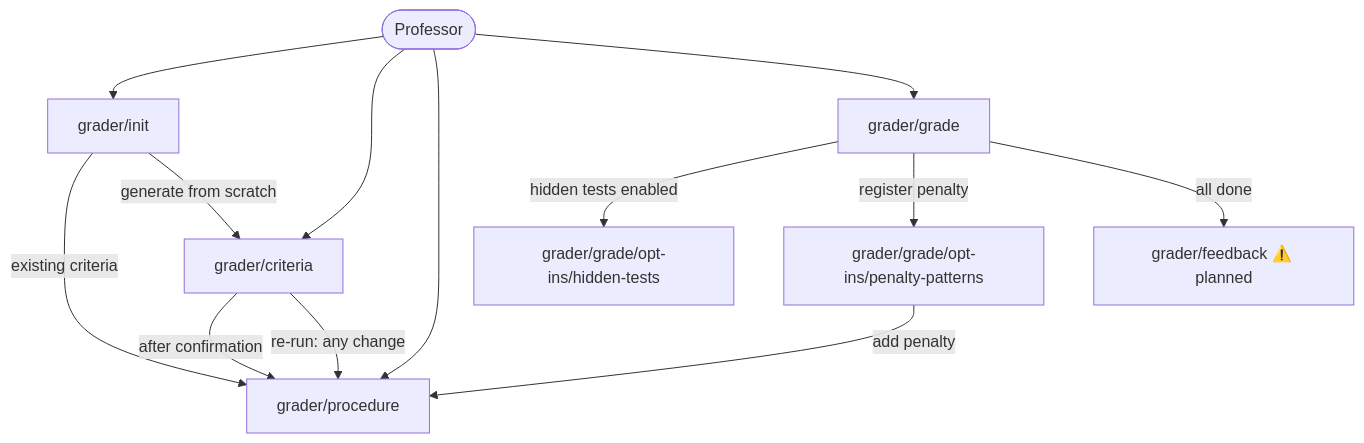
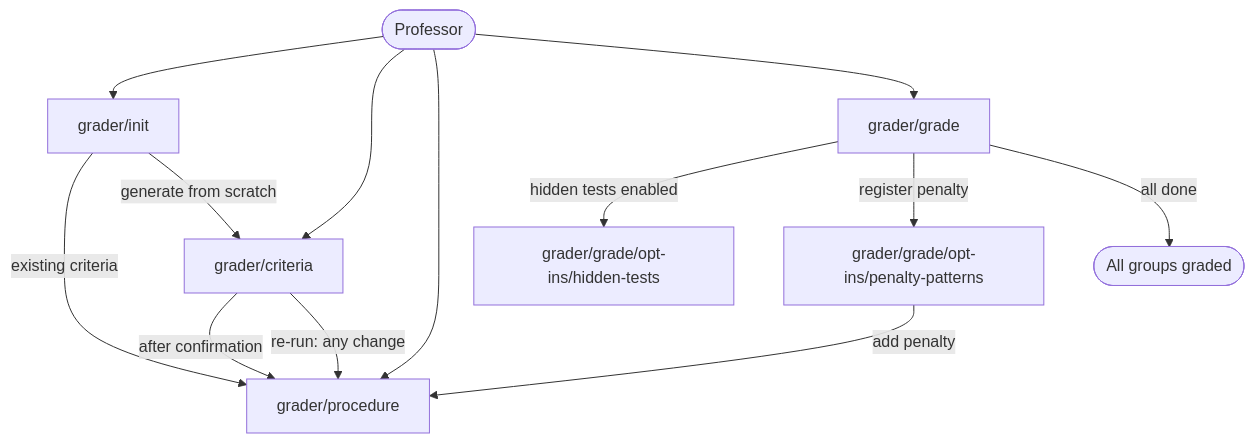
The diagram in README.md (Ovich/claude-lab-grader), drawn with Mermaid before and after one commit. The commit also changed other lines of this file, not shown here.

Commit message:
Update README: remove feedback, add opt-in skills, guided/free principle, fix criteria labels and workspace layout

````diff
--- a/README.md
+++ b/README.md
@@ -5,20 +5,20 @@
 ```mermaid
 graph TD
     PROF([Professor])
 
     PROF --> INIT[grader/init]
     PROF --> CRIT[grader/criteria]
     PROF --> PROC[grader/procedure]
     PROF --> GRADE[grader/grade]
 
     INIT -->|existing criteria| PROC
     INIT -->|generate from scratch| CRIT
     CRIT -->|after confirmation| PROC
     CRIT -->|re-run: any change| PROC
 
     GRADE -->|hidden tests enabled| HT[grader/grade/opt-ins/hidden-tests]
     GRADE -->|register penalty| PP[grader/grade/opt-ins/penalty-patterns]
     PP -->|add penalty| PROC
 
-    GRADE -->|all done| FB[grader/feedback ⚠️ planned]
+    GRADE -->|all done| FB([All groups graded])
 ```
````
